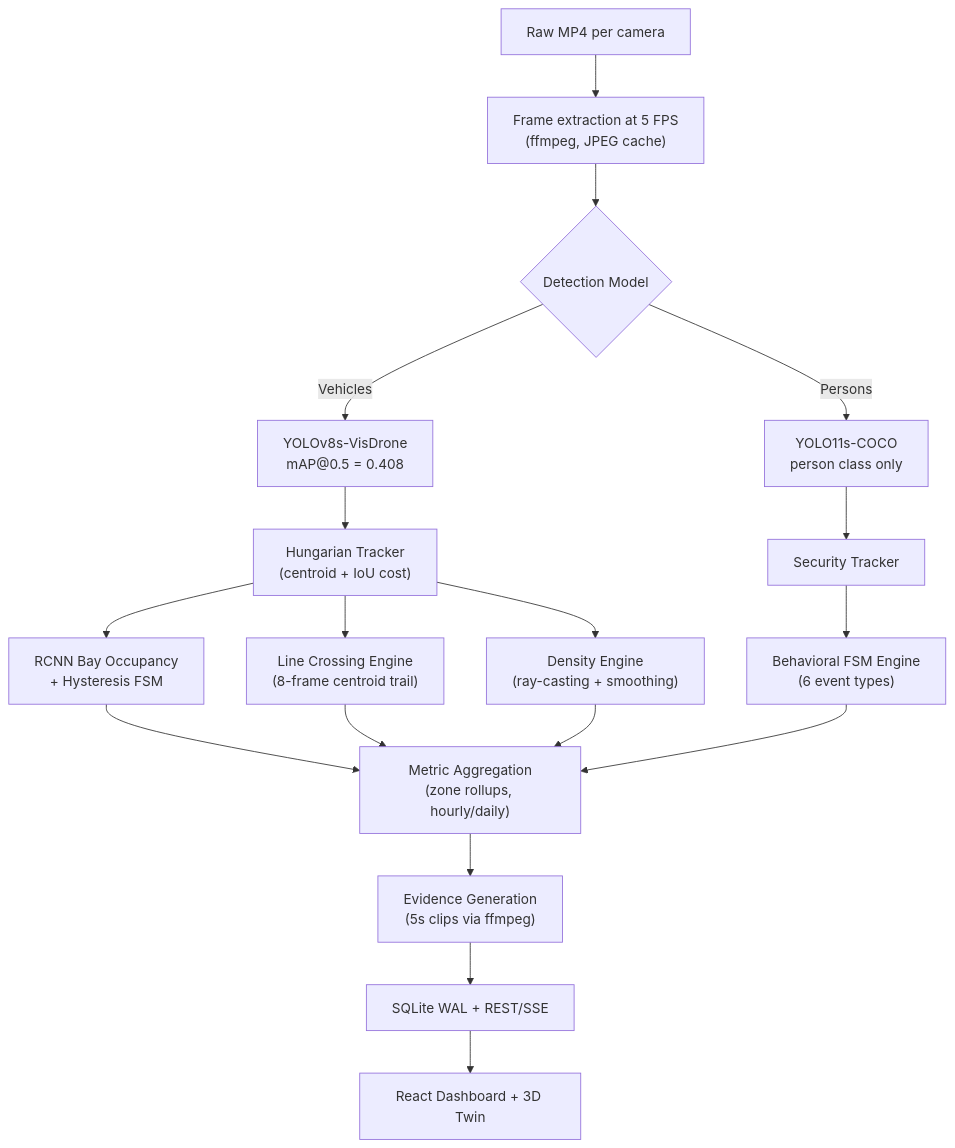
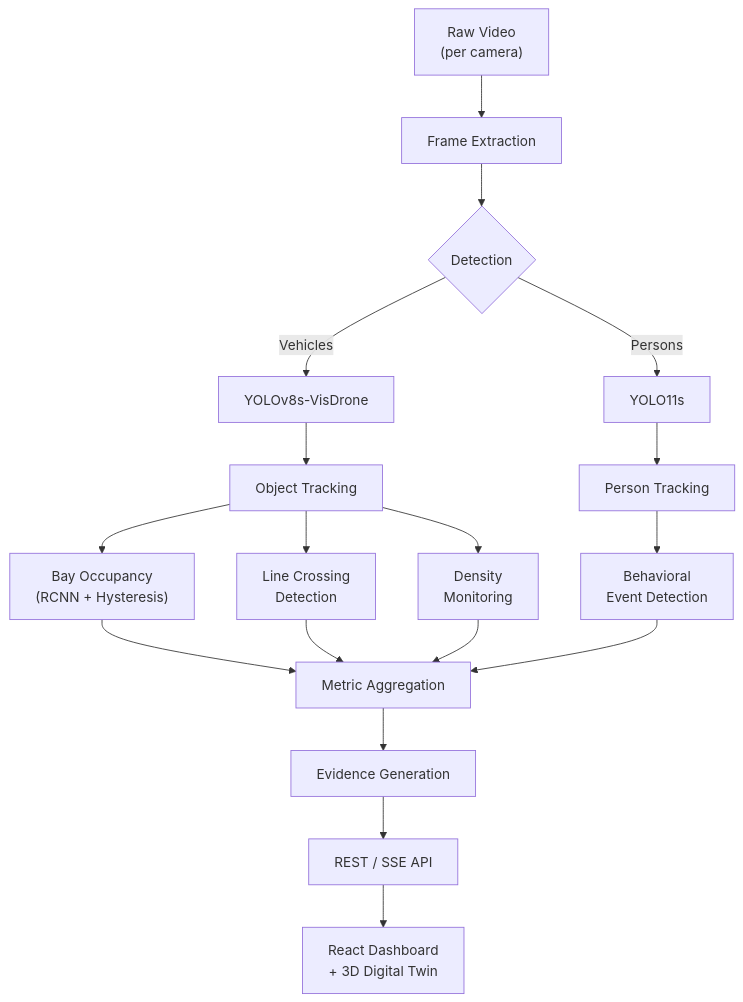
One commit to diiibe/Sigma-Vision changed the diagram in README.md. Above: the diagram before and after it, drawn with Mermaid. The commit also changed other lines of this file, not shown here.

Commit message:
Update README with latest content

````diff
--- a/README.md
+++ b/README.md
@@ -168,17 +141,17 @@
 ```mermaid
 graph TD
-    A["Raw MP4 per camera"] --> B["Frame extraction at 5 FPS<br/>(ffmpeg, JPEG cache)"]
-    B --> C{"Detection Model"}
-    C -->|Vehicles| D["YOLOv8s-VisDrone<br/>mAP@0.5 = 0.408"]
-    C -->|Persons| E["YOLO11s-COCO<br/>person class only"]
-    D --> F["Hungarian Tracker<br/>(centroid + IoU cost)"]
-    E --> G["Security Tracker"]
-    F --> H["RCNN Bay Occupancy<br/>+ Hysteresis FSM"]
-    F --> I["Line Crossing Engine<br/>(8-frame centroid trail)"]
-    F --> J["Density Engine<br/>(ray-casting + smoothing)"]
-    G --> K["Behavioral FSM Engine<br/>(6 event types)"]
-    H & I & J & K --> L["Metric Aggregation<br/>(zone rollups, hourly/daily)"]
-    L --> M["Evidence Generation<br/>(5s clips via ffmpeg)"]
-    M --> N["SQLite WAL + REST/SSE"]
-    N --> O["React Dashboard + 3D Twin"]
+    A["Raw Video<br/>(per camera)"] --> B["Frame Extraction"]
+    B --> C{"Detection"}
+    C -->|Vehicles| D["YOLOv8s-VisDrone"]
+    C -->|Persons| E["YOLO11s"]
+    D --> F["Object Tracking"]
+    E --> G["Person Tracking"]
+    F --> H["Bay Occupancy<br/>(RCNN + Hysteresis)"]
+    F --> I["Line Crossing<br/>Detection"]
+    F --> J["Density<br/>Monitoring"]
+    G --> K["Behavioral<br/>Event Detection"]
+    H & I & J & K --> L["Metric Aggregation"]
+    L --> M["Evidence Generation"]
+    M --> N["REST / SSE API"]
+    N --> O["React Dashboard<br/>+ 3D Digital Twin"]
 ```
````
